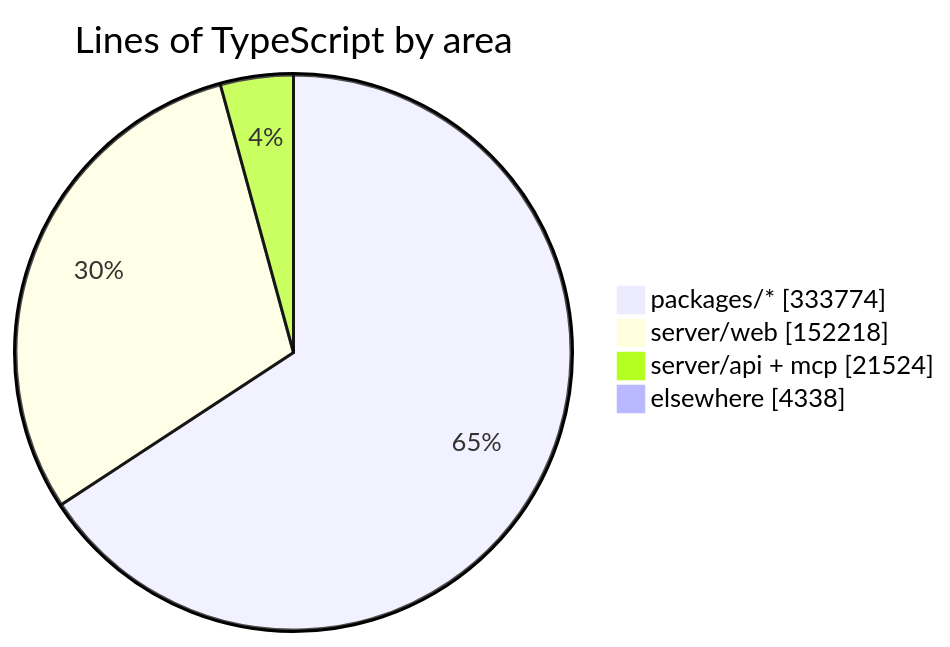
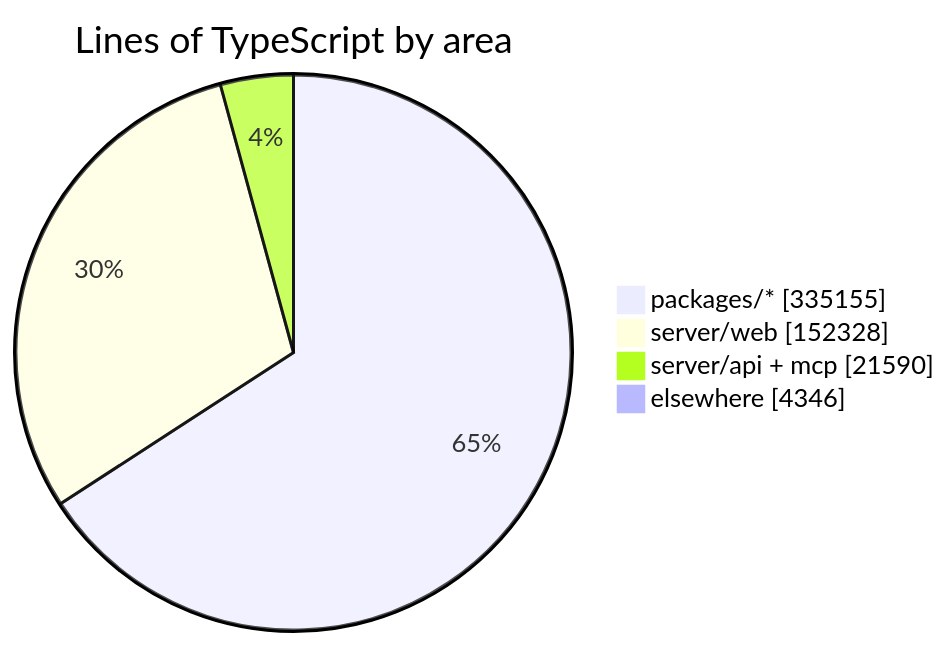
One commit to crossworks-engineering/mantle changed the diagram in README.md. Above: the diagram before and after it, drawn with Mermaid. The commit also changed other lines of this file and 2 other files, not shown here.

````diff
--- a/README.md
+++ b/README.md
@@ -294,7 +294,7 @@
 ```mermaid
 pie showData title Lines of TypeScript by area
-    "packages/*" : 333774
-    "server/web" : 152218
-    "server/api + mcp" : 21524
-    "elsewhere" : 4338
+    "packages/*" : 335155
+    "server/web" : 152328
+    "server/api + mcp" : 21590
+    "elsewhere" : 4346
 ```
````
